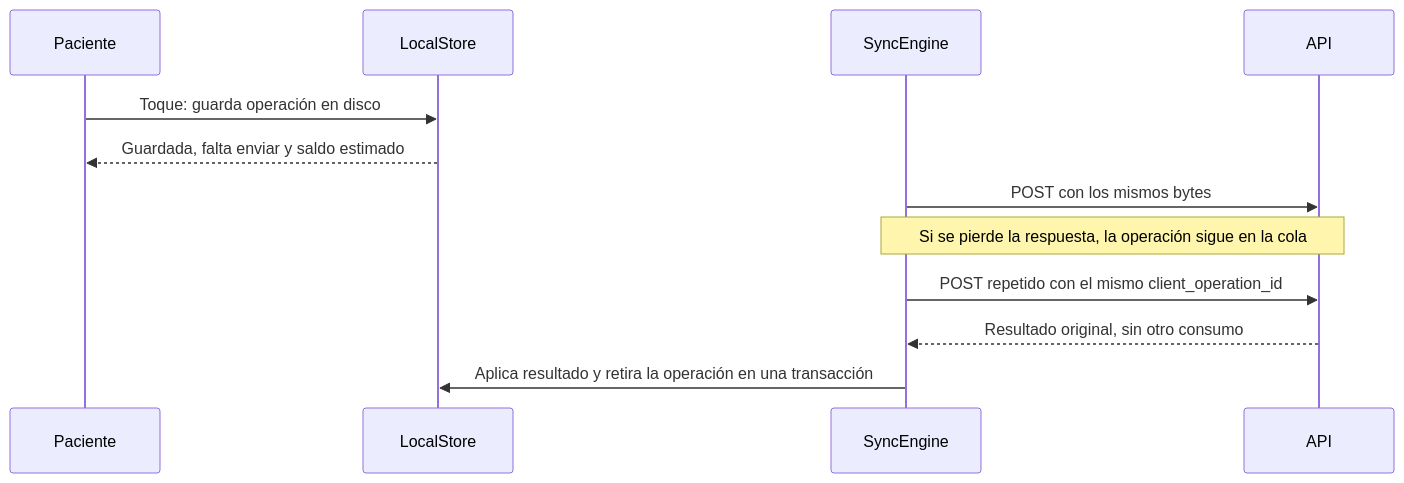
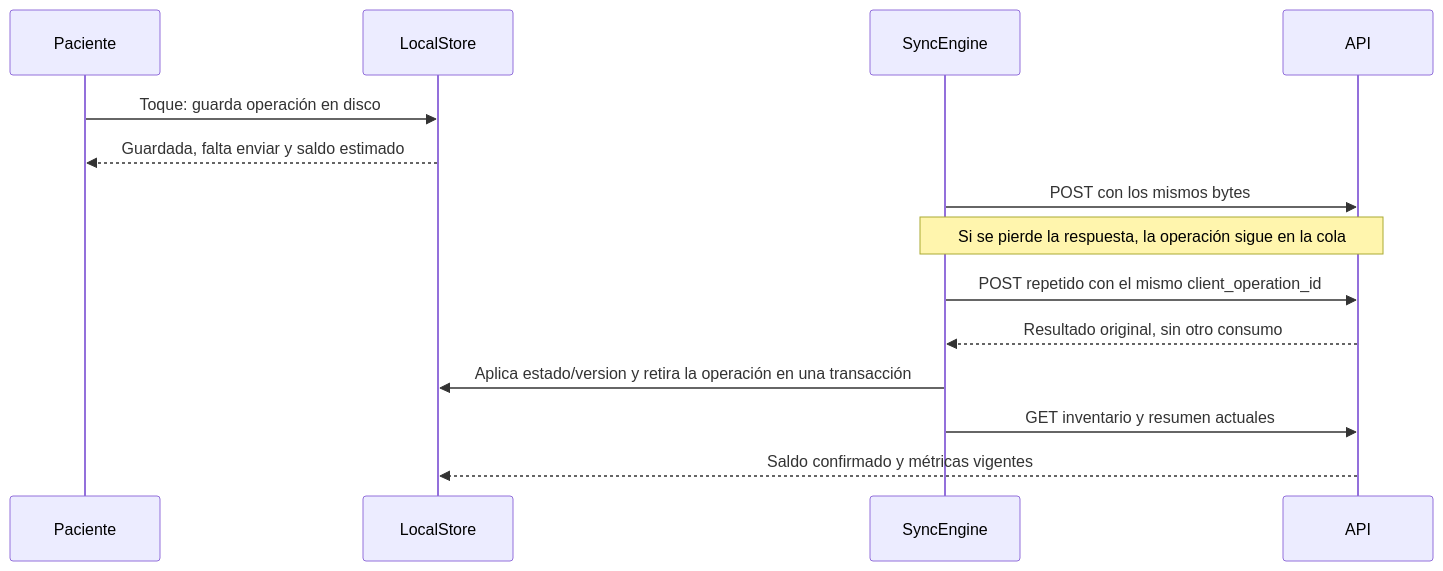
One commit to Nandem1/nndsk-medication-tracker changed the second of 3 diagrams in apps/ios/docs/00-home.md. Above: the diagram before and after it, drawn with Mermaid. The commit also changed other lines of this file and 37 other files, not shown here.

````diff
--- a/apps/ios/docs/00-home.md
+++ b/apps/ios/docs/00-home.md
@@ -26,14 +26,16 @@
 ```mermaid
 sequenceDiagram
     participant P as Paciente
     participant S as LocalStore
     participant E as SyncEngine
     participant A as API
     P->>S: Toque: guarda operación en disco
     S-->>P: Guardada, falta enviar y saldo estimado
     E->>A: POST con los mismos bytes
     Note over E,A: Si se pierde la respuesta, la operación sigue en la cola
     E->>A: POST repetido con el mismo client_operation_id
     A-->>E: Resultado original, sin otro consumo
-    E->>S: Aplica resultado y retira la operación en una transacción
+    E->>S: Aplica estado/version y retira la operación en una transacción
+    E->>A: GET inventario y resumen actuales
+    A-->>S: Saldo confirmado y métricas vigentes
 ```
````
